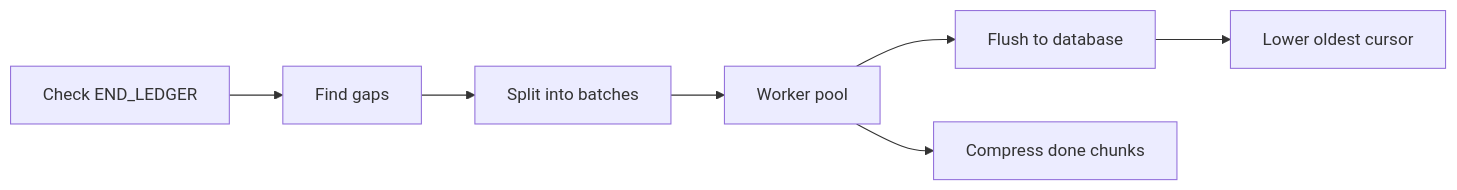
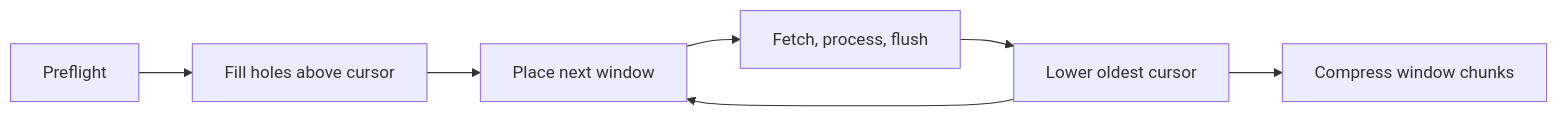
The second of 3 diagrams in docs/architecture/ingestion.md (stellar/wallet-backend), drawn with Mermaid before and after one commit. The commit also changed other lines of this file and 6 other files, not shown here.

````diff
--- a/docs/architecture/ingestion.md
+++ b/docs/architecture/ingestion.md
@@ -167,9 +168,9 @@
 ```mermaid
 flowchart LR
-    Check[Check END_LEDGER] --> Gaps[Find gaps]
-    Gaps --> Split[Split into batches]
-    Split --> Pool[Worker pool]
-    Pool --> Flush[Flush to database]
-    Flush --> Cursor[Lower oldest cursor]
-    Pool --> Compress[Compress done chunks]
+    Pre[Preflight] --> Holes[Fill holes above cursor]
+    Holes --> Plan[Place next window]
+    Plan --> Fill[Fetch, process, flush]
+    Fill --> Cursor[Lower oldest cursor]
+    Cursor --> Plan
+    Cursor --> Compress[Compress window chunks]
 ```
````
